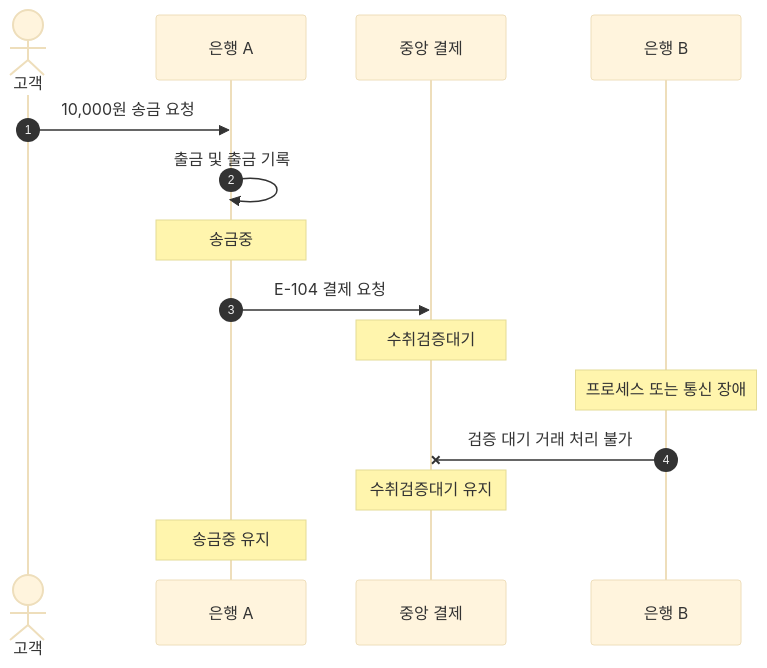
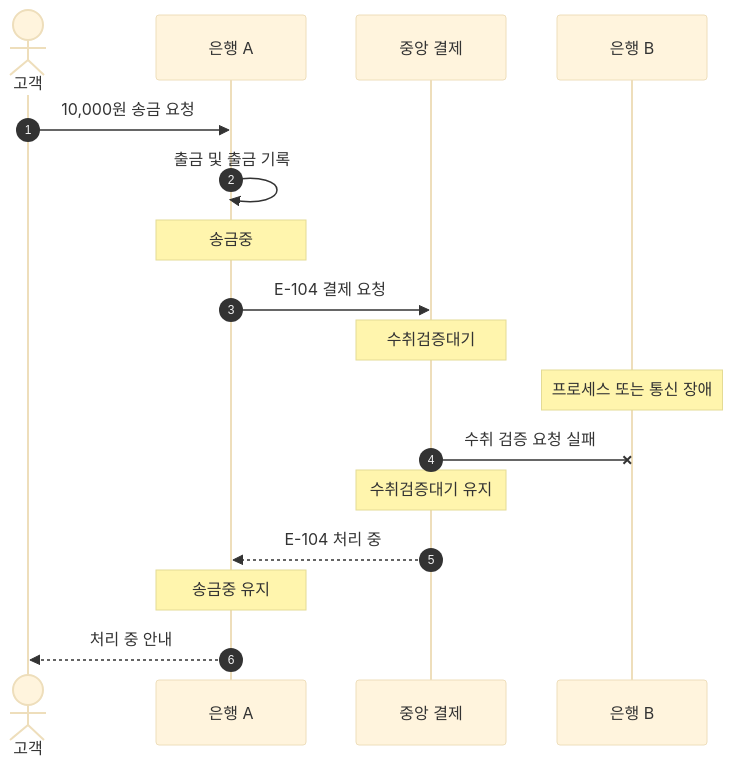
Before and after one commit to 2jun0/financial-system-backend: the diagram in docs/scenarios/S-006_수취_은행_검증_지연.md, drawn with Mermaid (base theme). The commit also changed other lines of this file and 9 other files, not shown here.

````diff
--- a/docs/scenarios/S-006_수취_은행_검증_지연.md
+++ b/docs/scenarios/S-006_수취_은행_검증_지연.md
@@ -24,18 +25,20 @@
 ```mermaid
 sequenceDiagram
     autonumber
     actor 고객
     participant A as 은행 A
     participant C as 중앙 결제
     participant B as 은행 B
 
     고객->>A: 10,000원 송금 요청
     A->>A: 출금 및 출금 기록
     Note over A: 송금중
     A->>C: E-104 결제 요청
     Note over C: 수취검증대기
     Note over B: 프로세스 또는 통신 장애
-    B-xC: 검증 대기 거래 처리 불가
+    C-xB: 수취 검증 요청 실패
     Note over C: 수취검증대기 유지
+    C-->>A: E-104 처리 중
     Note over A: 송금중 유지
+    A-->>고객: 처리 중 안내
 ```
````
